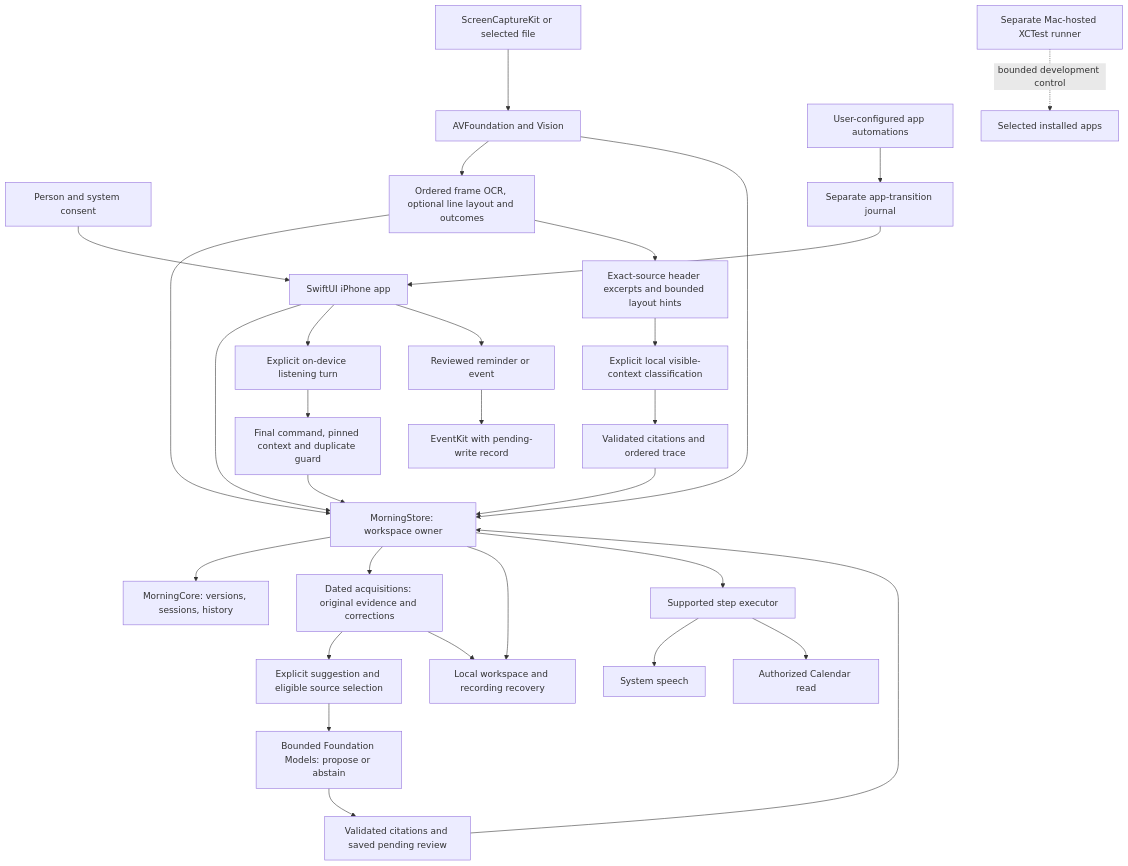
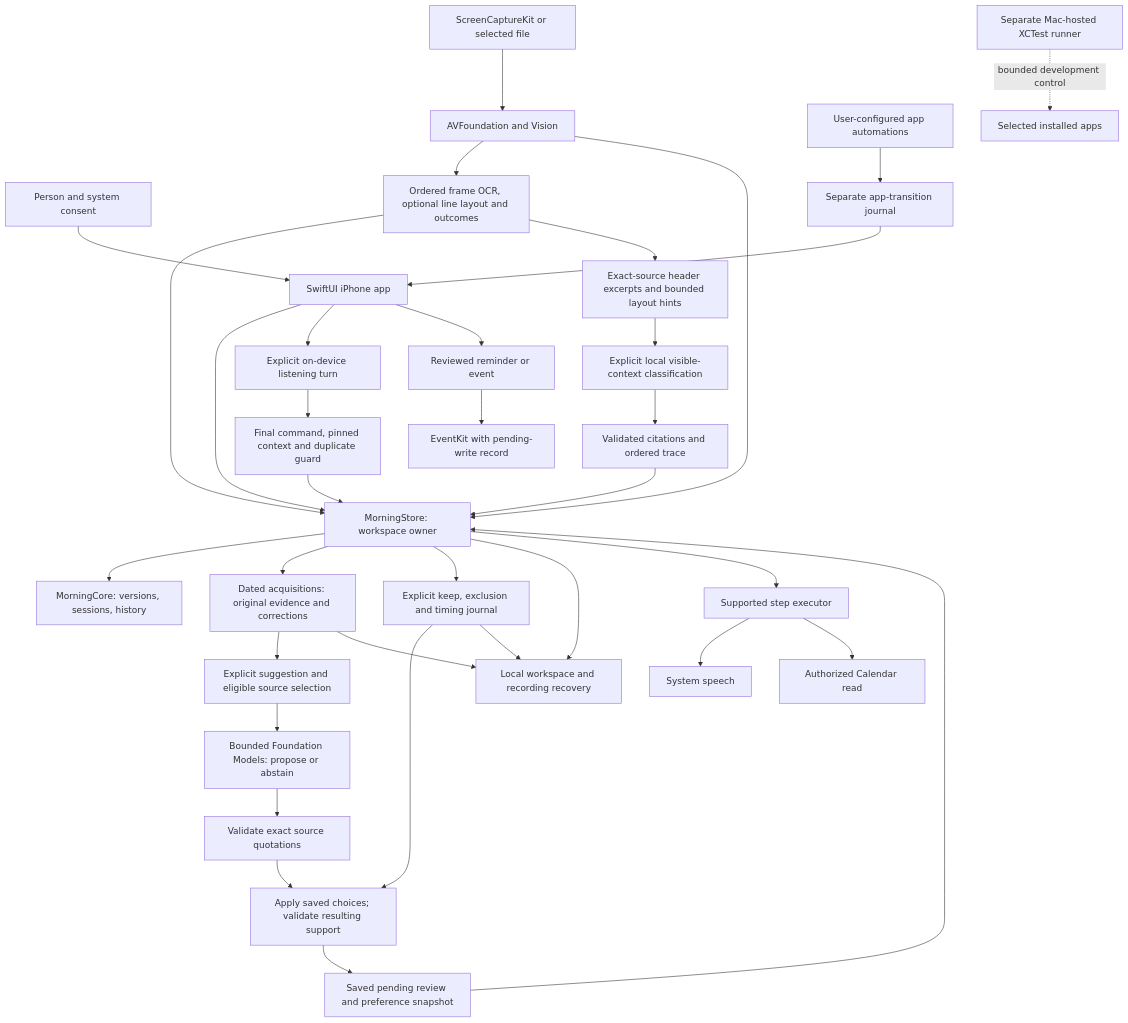
Before and after one commit to gderamchi/morning-operator: the first of 4 diagrams in docs/ARCHITECTURE.md, drawn with Mermaid. The commit also changed other lines of this file and 6 other files, not shown here.

Commit message:
Document saved routine choices and scoped recovery results

````diff
--- a/docs/ARCHITECTURE.md
+++ b/docs/ARCHITECTURE.md
@@ -15,32 +15,37 @@
 ```mermaid
 flowchart TB
     Person["Person and system consent"] --> UI["SwiftUI iPhone app"]
     UI --> Store["MorningStore: workspace owner"]
     Capture["ScreenCaptureKit or selected file"] --> Media["AVFoundation and Vision"]
     Media --> Frames["Ordered frame OCR, optional line layout and outcomes"]
     Frames --> Store
     Frames --> Excerpts["Exact-source header excerpts and bounded layout hints"]
     Excerpts --> Context["Explicit local visible-context classification"]
     Context --> Trace["Validated citations and ordered trace"]
     Trace --> Store
     Media --> Store
     Store --> Core["MorningCore: versions, sessions, history"]
     Store --> Archive["Dated acquisitions: original evidence and corrections"]
     Archive --> Selection["Explicit suggestion and eligible source selection"]
     Selection --> Model["Bounded Foundation Models: propose or abstain"]
-    Model --> Pending["Validated citations and saved pending review"]
+    Model --> Citations["Validate exact source quotations"]
+    Store --> Preferences["Explicit keep, exclusion and timing journal"]
+    Citations --> Reconcile["Apply saved choices; validate resulting support"]
+    Preferences --> Reconcile
+    Reconcile --> Pending["Saved pending review and preference snapshot"]
     Pending --> Store
+    Preferences --> Disk
     Archive --> Disk
     Store --> Disk["Local workspace and recording recovery"]
     Store --> Runner["Supported step executor"]
     Runner --> Speech["System speech"]
     UI --> Listener["Explicit on-device listening turn"]
     Listener --> Command["Final command, pinned context and duplicate guard"]
     Command --> Store
     Runner --> Calendar["Authorized Calendar read"]
     UI --> ReviewedSave["Reviewed reminder or event"]
     ReviewedSave --> EventKit["EventKit with pending-write record"]
     Shortcuts["User-configured app automations"] --> Journal["Separate app-transition journal"]
     Journal --> UI
     Harness["Separate Mac-hosted XCTest runner"] -. "bounded development control" .-> OtherApps["Selected installed apps"]
 ```
````
